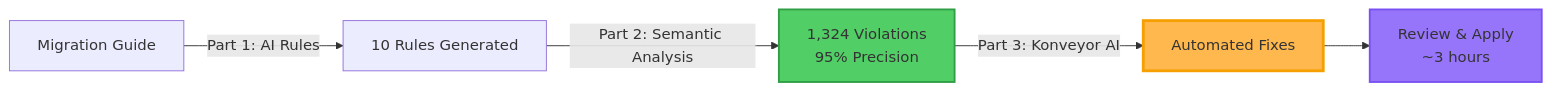
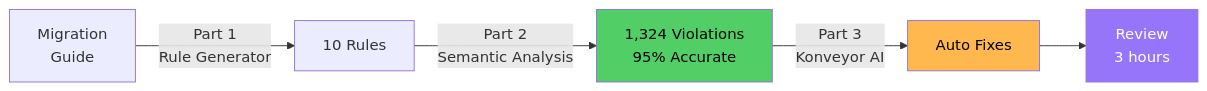
One commit to tsanders-rh/tsanders-rh.github.io changed the diagram in _drafts/automating-patternfly-fixes-konveyor-ai.md. Above: the diagram before and after it, drawn with Mermaid. The commit also changed other lines of this file and 187 other files, not shown here.

````diff
--- a/_drafts/automating-patternfly-fixes-konveyor-ai.md
+++ b/_drafts/automating-patternfly-fixes-konveyor-ai.md
@@ -56,11 +56,11 @@
-```mermaid
+<div class="mermaid">
 graph LR
-    A[Migration Guide] -->|Part 1: AI Rules| B[10 Rules Generated]
-    B -->|Part 2: Semantic Analysis| C[1,324 Violations<br/>95% Precision]
-    C -->|Part 3: Konveyor AI| D[Automated Fixes]
-    D --> E[Review & Apply<br/>~3 hours]
+    A[Migration<br/>Guide] -->|Part 1<br/>Rule Generator| B[10 Rules]
+    B -->|Part 2<br/>Semantic Analysis| C[1,324 Violations<br/>95% Accurate]
+    C -->|Part 3<br/>Konveyor AI| D[Auto Fixes]
+    D --> E[Review<br/>3 hours]
 
-    style C fill:#51cf66,stroke:#2f9e44,stroke-width:2px
-    style D fill:#ffb84d,stroke:#f59f00,stroke-width:3px
-    style E fill:#9775fa,stroke:#7950f2,stroke-width:2px
-```
+    style C fill:#51cf66,color:#000
+    style D fill:#ffb84d,color:#000
+    style E fill:#9775fa,color:#fff
+</div>
````
